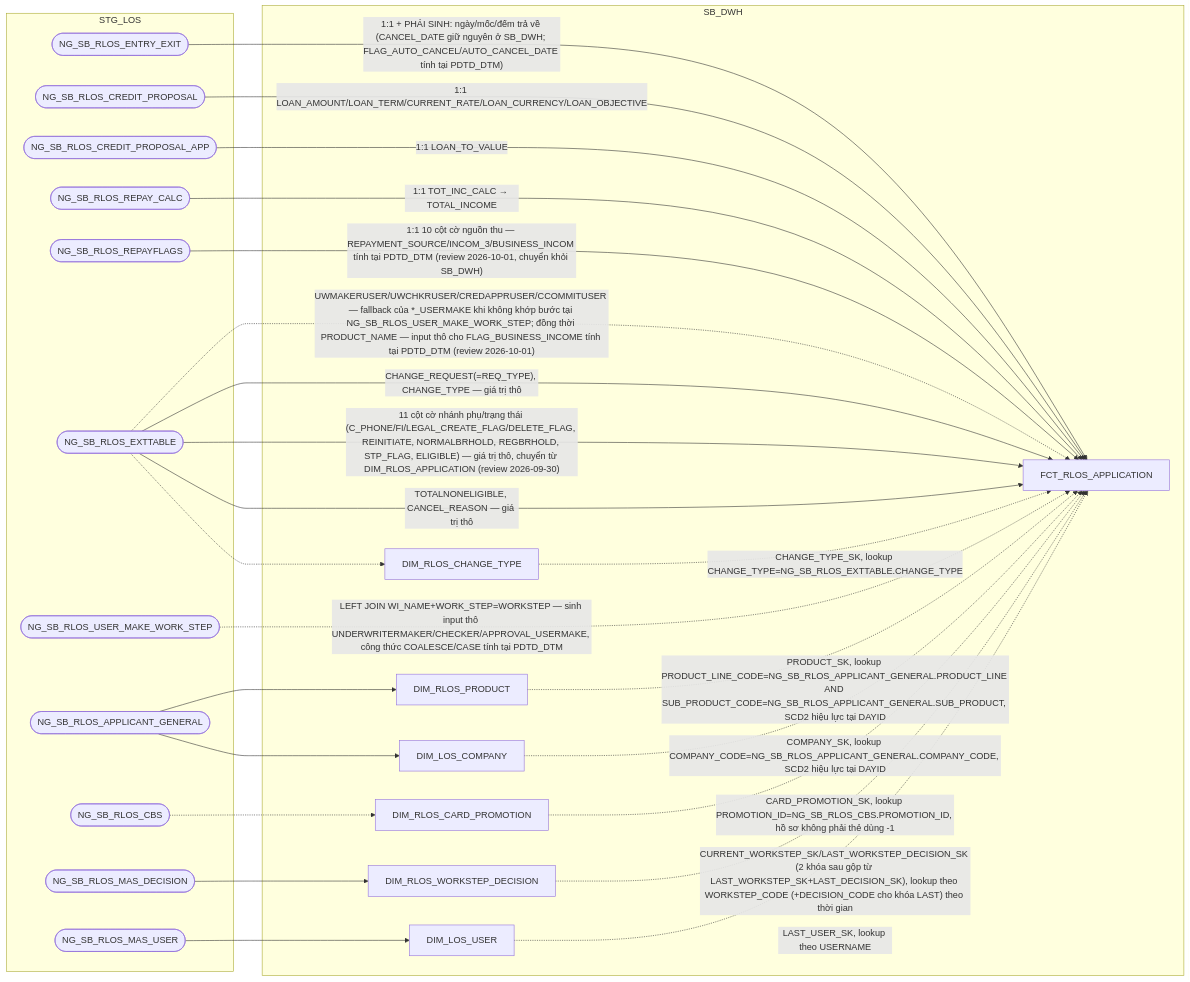
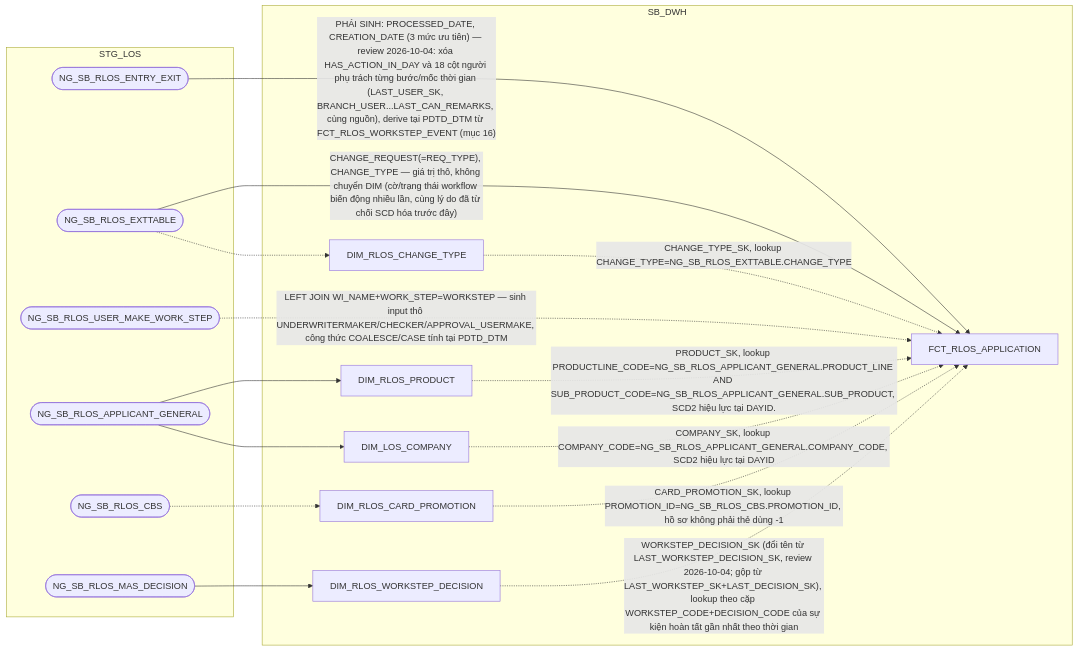
Before and after one commit to chien1198/sb-mapping-gen: the seventh of 14 diagrams in hld/hld_review/HLD_FCT_SB_DWH_review.md, drawn with Mermaid. The commit also changed other lines of this file and 124 other files, not shown here.

````diff
--- a/hld/hld_review/HLD_FCT_SB_DWH_review.md
+++ b/hld/hld_review/HLD_FCT_SB_DWH_review.md
@@ -534,47 +505,32 @@
 ```mermaid
 flowchart LR
     subgraph STG_LOS
         A(["NG_SB_RLOS_ENTRY_EXIT"])
-        B(["NG_SB_RLOS_CREDIT_PROPOSAL"])
-        C(["NG_SB_RLOS_CREDIT_PROPOSAL_APP"])
-        F(["NG_SB_RLOS_REPAY_CALC"])
-        G(["NG_SB_RLOS_REPAYFLAGS"])
         I(["NG_SB_RLOS_EXTTABLE"])
         J(["NG_SB_RLOS_USER_MAKE_WORK_STEP"])
         P1(["NG_SB_RLOS_APPLICANT_GENERAL"])
         P4(["NG_SB_RLOS_CBS"])
         MW(["NG_SB_RLOS_MAS_DECISION"])
-        U(["NG_SB_RLOS_MAS_USER"])
     end
     subgraph SB_DWH
         WD["DIM_RLOS_WORKSTEP_DECISION"]
-        US["DIM_LOS_USER"]
         PR["DIM_RLOS_PRODUCT"]
         OU["DIM_LOS_COMPANY"]
         CT["DIM_RLOS_CHANGE_TYPE"]
         CP["DIM_RLOS_CARD_PROMOTION"]
         E["FCT_RLOS_APPLICATION"]
     end
-    A -->|"1:1 + PHÁI SINH: ngày/mốc/đếm trả về (CANCEL_DATE giữ nguyên ở SB_DWH; FLAG_AUTO_CANCEL/AUTO_CANCEL_DATE tính tại PDTD_DTM)"| E
-    B -->|1:1 LOAN_AMOUNT/LOAN_TERM/CURRENT_RATE/LOAN_CURRENCY/LOAN_OBJECTIVE| E
-    C -->|1:1 LOAN_TO_VALUE| E
-    F -->|1:1 TOT_INC_CALC → TOTAL_INCOME| E
-    G -->|"1:1 10 cột cờ nguồn thu — REPAYMENT_SOURCE/INCOM_3/BUSINESS_INCOM tính tại PDTD_DTM (review 2026-10-01, chuyển khỏi SB_DWH)"| E
-    I -.->|"UWMAKERUSER/UWCHKRUSER/CREDAPPRUSER/CCOMMITUSER — fallback của *_USERMAKE khi không khớp bước tại NG_SB_RLOS_USER_MAKE_WORK_STEP; đồng thời PRODUCT_NAME — input thô cho FLAG_BUSINESS_INCOME tính tại PDTD_DTM (review 2026-10-01)"| E
-    I -->|"CHANGE_REQUEST(=REQ_TYPE), CHANGE_TYPE — giá trị thô"| E
-    I -->|"11 cột cờ nhánh phụ/trạng thái (C_PHONE/FI/LEGAL_CREATE_FLAG/DELETE_FLAG, REINITIATE, NORMALBRHOLD, REGBRHOLD, STP_FLAG, ELIGIBLE) — giá trị thô, chuyển từ DIM_RLOS_APPLICATION (review 2026-09-30)"| E
-    I -->|"TOTALNONELIGIBLE, CANCEL_REASON — giá trị thô"| E
+    A -->|"PHÁI SINH: PROCESSED_DATE, CREATION_DATE (3 mức ưu tiên) — review 2026-10-04: xóa HAS_ACTION_IN_DAY và 18 cột người phụ trách từng bước/mốc thời gian (LAST_USER_SK, BRANCH_USER...LAST_CAN_REMARKS, cùng nguồn), derive tại PDTD_DTM từ FCT_RLOS_WORKSTEP_EVENT (mục 16)"| E
+    I -->|"CHANGE_REQUEST(=REQ_TYPE), CHANGE_TYPE — giá trị thô, không chuyển DIM (cờ/trạng thái workflow biến động nhiều lần, cùng lý do đã từ chối SCD hóa trước đây)"| E
     I -.-> CT
     J -.->|"LEFT JOIN WI_NAME+WORK_STEP=WORKSTEP — sinh input thô UNDERWRITERMAKER/CHECKER/APPROVAL_USERMAKE, công thức COALESCE/CASE tính tại PDTD_DTM"| E
-    WD -.->|"CURRENT_WORKSTEP_SK/LAST_WORKSTEP_DECISION_SK (2 khóa sau gộp từ LAST_WORKSTEP_SK+LAST_DECISION_SK), lookup theo WORKSTEP_CODE (+DECISION_CODE cho khóa LAST) theo thời gian"| E
-    US -.->|"LAST_USER_SK, lookup theo USERNAME"| E
+    WD -.->|"WORKSTEP_DECISION_SK (đổi tên từ LAST_WORKSTEP_DECISION_SK, review 2026-10-04; gộp từ LAST_WORKSTEP_SK+LAST_DECISION_SK), lookup theo cặp WORKSTEP_CODE+DECISION_CODE của sự kiện hoàn tất gần nhất theo thời gian"| E
     MW --> WD
-    U --> US
-    PR -.->|"PRODUCT_SK, lookup PRODUCT_LINE_CODE=NG_SB_RLOS_APPLICANT_GENERAL.PRODUCT_LINE AND SUB_PRODUCT_CODE=NG_SB_RLOS_APPLICANT_GENERAL.SUB_PRODUCT, SCD2 hiệu lực tại DAYID"| E
+    PR -.->|"PRODUCT_SK, lookup PRODUCTLINE_CODE=NG_SB_RLOS_APPLICANT_GENERAL.PRODUCT_LINE AND SUB_PRODUCT_CODE=NG_SB_RLOS_APPLICANT_GENERAL.SUB_PRODUCT, SCD2 hiệu lực tại DAYID."| E
     OU -.->|"COMPANY_SK, lookup COMPANY_CODE=NG_SB_RLOS_APPLICANT_GENERAL.COMPANY_CODE, SCD2 hiệu lực tại DAYID"| E
     CT -.->|"CHANGE_TYPE_SK, lookup CHANGE_TYPE=NG_SB_RLOS_EXTTABLE.CHANGE_TYPE"| E
     CP -.->|"CARD_PROMOTION_SK, lookup PROMOTION_ID=NG_SB_RLOS_CBS.PROMOTION_ID, hồ sơ không phải thẻ dùng -1"| E
     P1 --> PR
     P1 --> OU
     P4 -.-> CP
 ```
````
